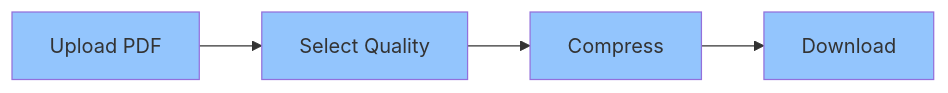
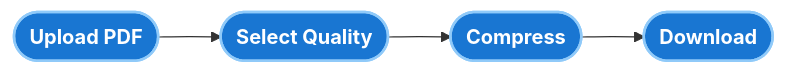
One commit to ank920/PixelPinch changed the first of 2 diagrams in README.md. Above: the diagram before and after it, drawn with Mermaid. The commit also changed other lines of this file, not shown here.

Commit message:
docs: improve diagram visibility and add detailed step-by-step guide

````diff
--- a/README.md
+++ b/README.md
@@ -147,10 +147,9 @@
 ```mermaid
-graph LR
-    A[Upload PDF] --> B[Select Quality]
-    B --> C[Compress]
-    C --> D[Download]
-    style A fill:#93c5fd
-    style B fill:#93c5fd
-    style C fill:#93c5fd
-    style D fill:#93c5fd
+flowchart LR
+    A([Upload PDF]):::blue --> B([Select Quality]):::blue
+    B --> C([Compress]):::blue
+    C --> D([Download]):::blue
+    
+    classDef blue fill:#1976D2,stroke:#90CAF9,stroke-width:2px,color:white,font-weight:bold
+    classDef pink fill:#e91e63,stroke:#f48fb1,stroke-width:2px,color:white,font-weight:bold
 ```
````
